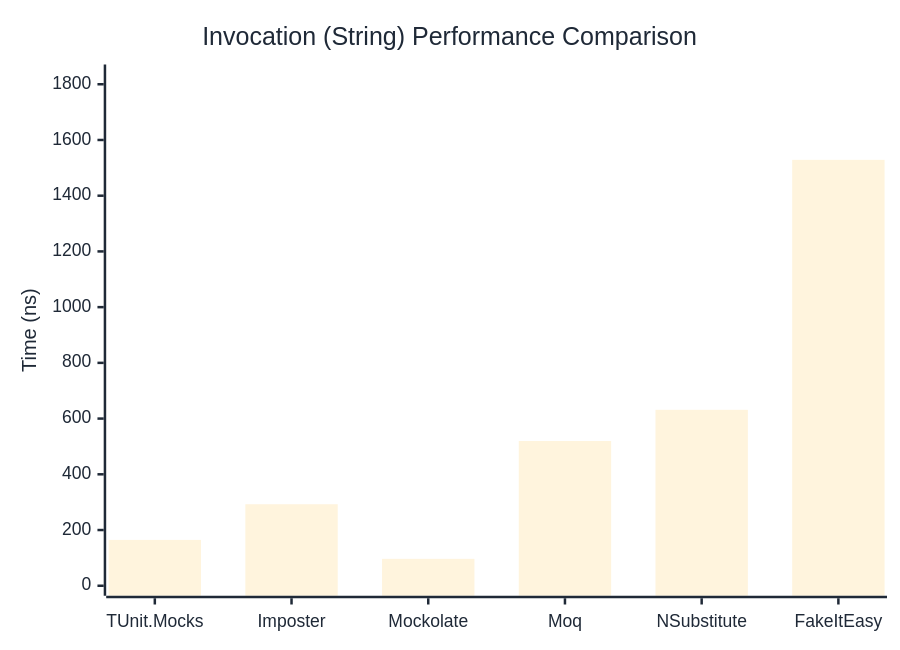
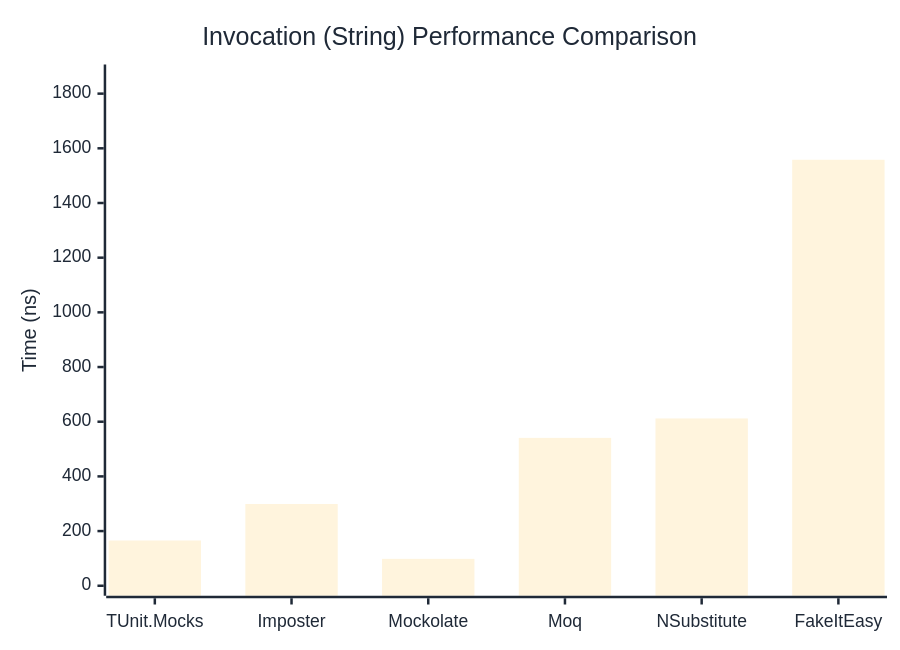
One commit to thomhurst/TUnit changed the second of 3 diagrams in docs/docs/benchmarks/mocks/Invocation.md. Above: the diagram before and after it, drawn with Mermaid. The commit also changed other lines of this file and 14 other files, not shown here.

````diff
--- a/docs/docs/benchmarks/mocks/Invocation.md
+++ b/docs/docs/benchmarks/mocks/Invocation.md
@@ -71,27 +71,27 @@
 ```mermaid
 %%{init: {
   'theme':'base',
   'themeVariables': {
     'primaryColor': '#2563eb',
     'primaryTextColor': '#1f2937',
     'primaryBorderColor': '#1e40af',
     'lineColor': '#6b7280',
     'secondaryColor': '#7c3aed',
     'tertiaryColor': '#dc2626',
     'background': '#ffffff',
     'pie1': '#2563eb',
     'pie2': '#7c3aed',
     'pie3': '#dc2626',
     'pie4': '#f59e0b',
     'pie5': '#10b981',
     'pie6': '#06b6d4',
     'pie7': '#ec4899',
     'pie8': '#6366f1'
   }
 }}%%
 xychart-beta
   title "Invocation (String) Performance Comparison"
   x-axis ["TUnit.Mocks", "Imposter", "Mockolate", "Moq", "NSubstitute", "FakeItEasy"]
-  y-axis "Time (ns)" 0 --> 1835
-  bar [164.59, 292.52, 96.6, 519.45, 631.47, 1528.69]
+  y-axis "Time (ns)" 0 --> 1870
+  bar [165.54, 298.9, 98.4, 540.84, 611.97, 1558.14]
 ```
````
